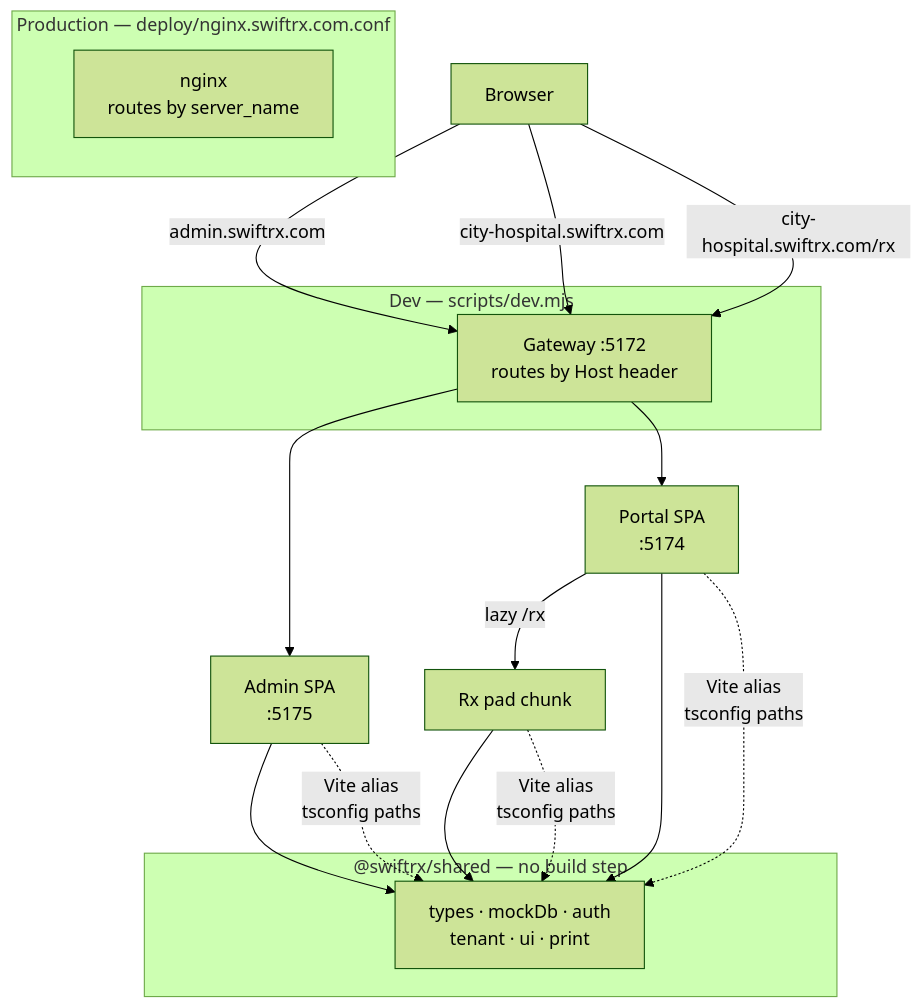
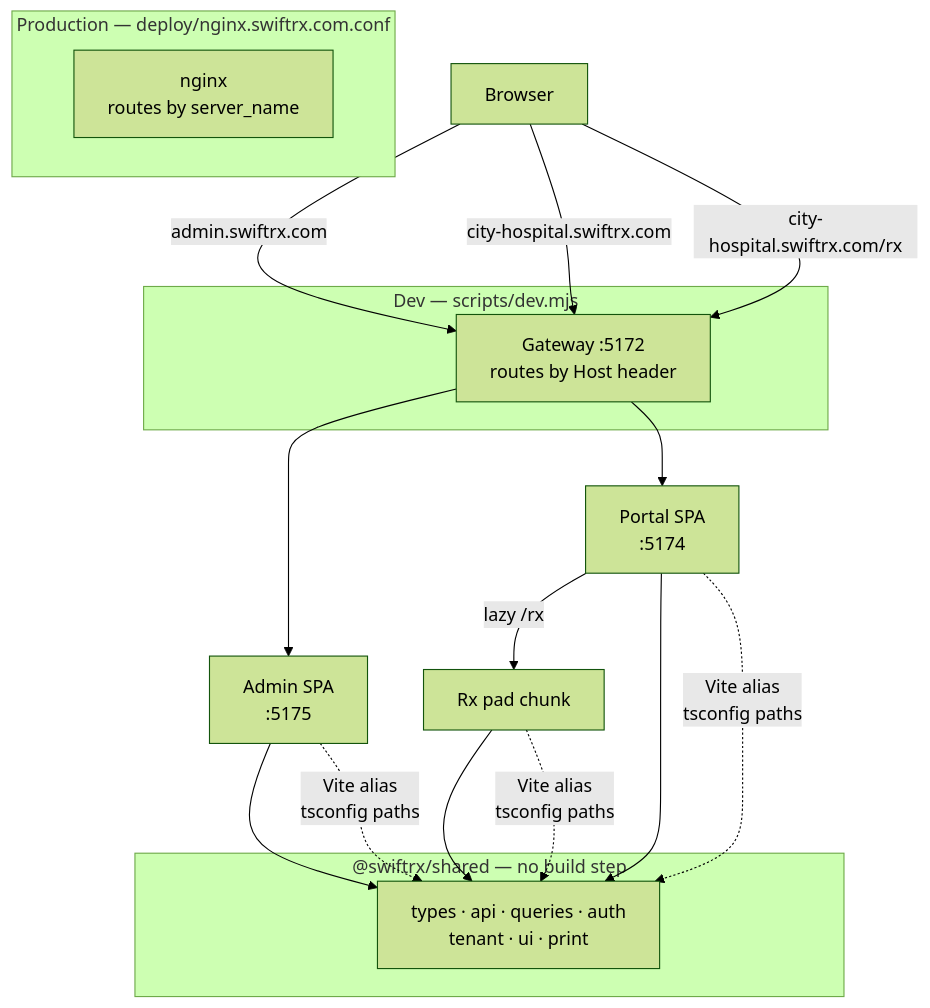
The first of 4 diagrams in docs/ARCHITECTURE.md (AffanAR/swiftrx), drawn with Mermaid (forest theme) before and after one commit. The commit also changed other lines of this file and 3 other files, not shown here.

````diff
--- a/docs/ARCHITECTURE.md
+++ b/docs/ARCHITECTURE.md
@@ -19,30 +19,30 @@
 ```mermaid
 flowchart TB
     B[Browser] -->|admin.swiftrx.com| GW
     B -->|city-hospital.swiftrx.com| GW
     B -->|city-hospital.swiftrx.com/rx| GW
 
     subgraph Dev["Dev — scripts/dev.mjs"]
       GW[Gateway :5172<br/>routes by Host header]
     end
 
     subgraph Prod["Production — deploy/nginx.swiftrx.com.conf"]
       NG[nginx<br/>routes by server_name]
     end
 
     GW --> A[Admin SPA<br/>:5175]
     GW --> P[Portal SPA<br/>:5174]
     P -->|lazy /rx| R[Rx pad chunk]
 
     A --> S
     P --> S
     R --> S
 
     subgraph Shared["@swiftrx/shared — no build step"]
-      S[types · mockDb · auth<br/>tenant · ui · print]
+      S[types · api · queries · auth<br/>tenant · ui · print]
     end
 
     A -.->|Vite alias<br/>tsconfig paths| S
     P -.->|Vite alias<br/>tsconfig paths| S
     R -.->|Vite alias<br/>tsconfig paths| S
 ```
````
